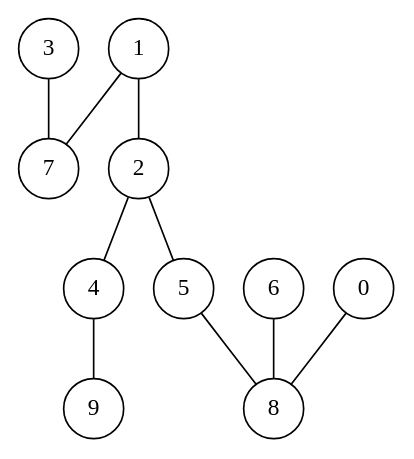
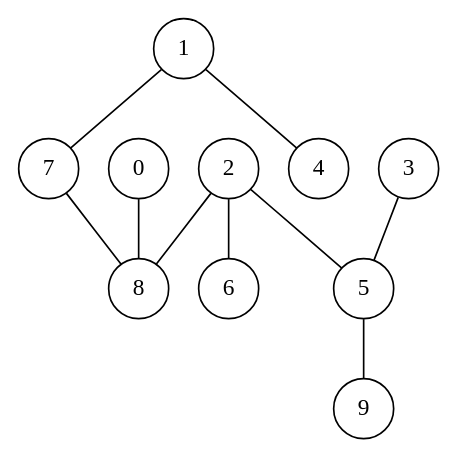
The diagram in Assets/grafo.dot (rafaelpeixoto7559/TI4-Games), drawn with Graphviz before and after one commit. The commit also changed 4 other files, not shown here.

```diff
--- a/Assets/grafo.dot
+++ b/Assets/grafo.dot
@@ -1,12 +1,12 @@
 graph G {
     node [shape=circle];
-    3 -- 7;
-    1 -- 2;
-    2 -- 4;
-    4 -- 9;
+    2 -- 6;
+    2 -- 8;
+    0 -- 8;
+    1 -- 4;
+    7 -- 8;
+    5 -- 9;
     1 -- 7;
+    3 -- 5;
     2 -- 5;
-    6 -- 8;
-    0 -- 8;
-    5 -- 8;
 }
```
